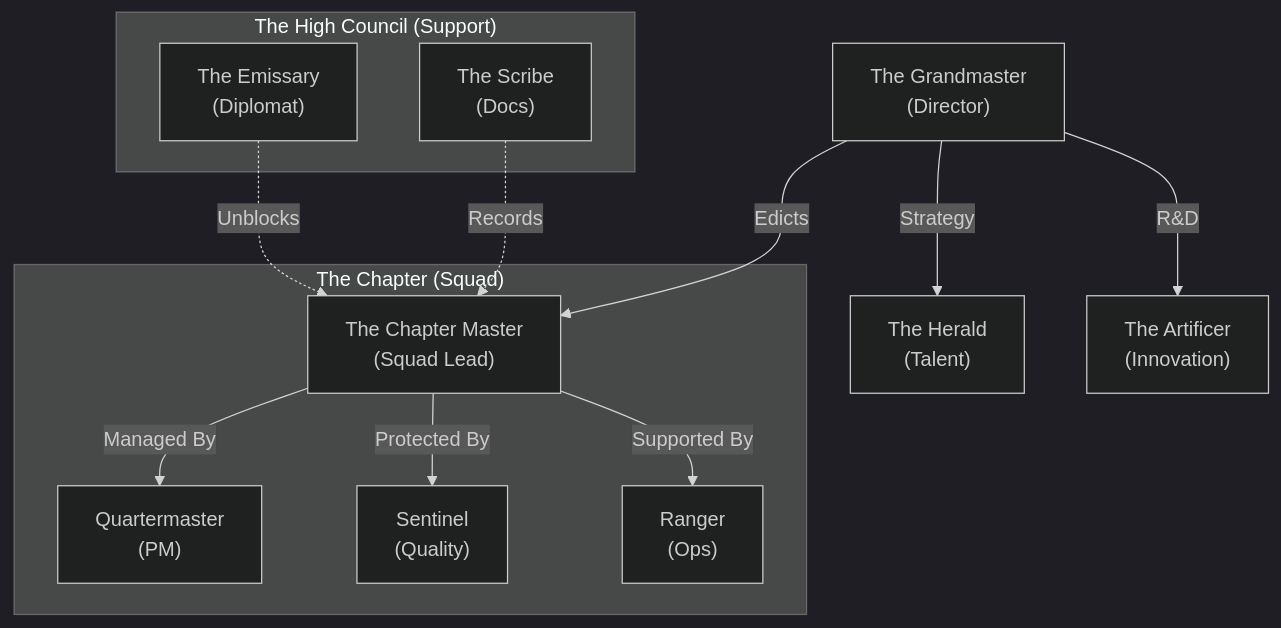
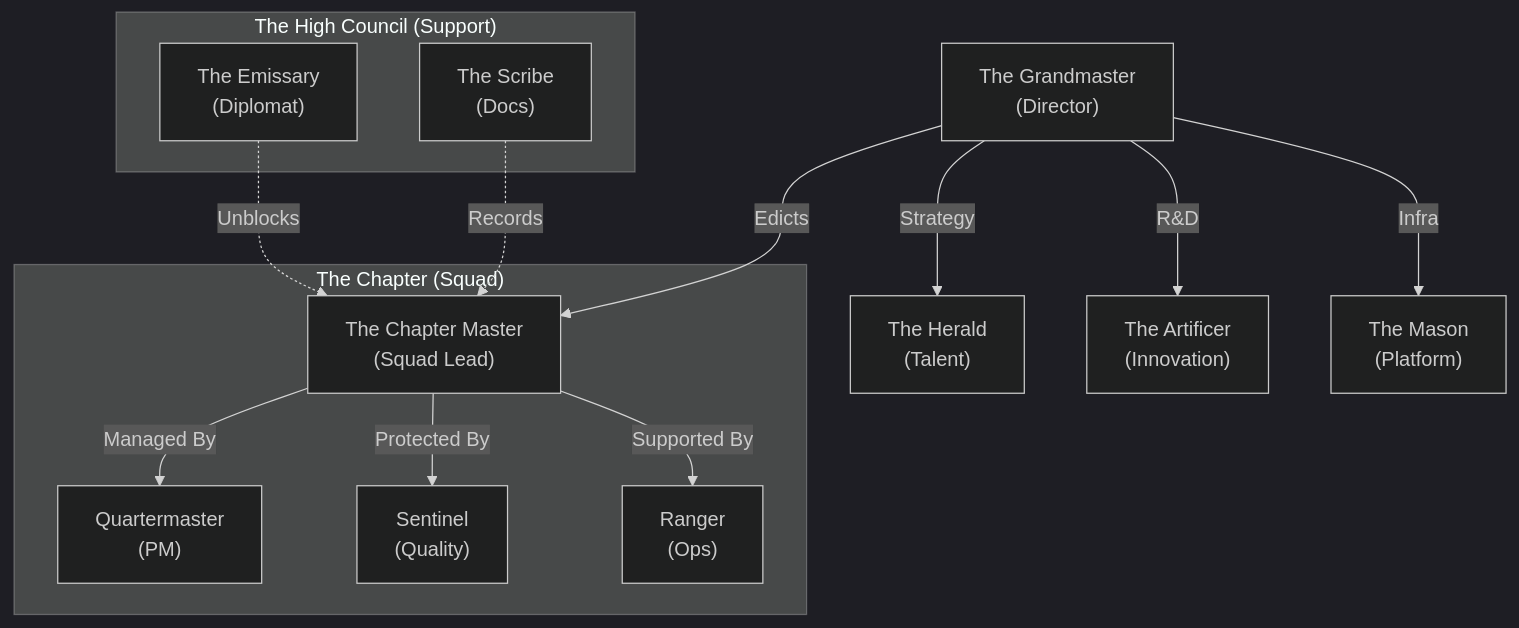
The first of 2 diagrams in Readme.md (masterkidan/guild-forge), drawn with Mermaid (dark theme) before and after one commit. The commit also changed other lines of this file and 8 other files, not shown here.

Commit message:
Adding a new role Mason for infra management

````diff
--- a/Readme.md
+++ b/Readme.md
@@ -33,20 +33,21 @@
 ```mermaid
 graph TD
     %% Roles
     GM["The Grandmaster<br/>(Director)"] -->|Edicts| CM["The Chapter Master<br/>(Squad Lead)"]
     GM -->|Strategy| H["The Herald<br/>(Talent)"]
     GM -->|R&D| A["The Artificer<br/>(Innovation)"]
+    GM -->|Infra| M["The Mason<br/>(Platform)"]
     
     %% Squad
     subgraph ChapterHouse ["The Chapter (Squad)"]
         CM -->|Managed By| QM["Quartermaster<br/>(PM)"]
         CM -->|Protected By| S["Sentinel<br/>(Quality)"]
         CM -->|Supported By| R["Ranger<br/>(Ops)"]
     end
     
     %% Cross-Cutting
     subgraph HighCouncil ["The High Council (Support)"]
         E["The Emissary<br/>(Diplomat)"] -.->|Unblocks| CM
         Sc["The Scribe<br/>(Docs)"] -.->|Records| CM
     end
 ```
````
